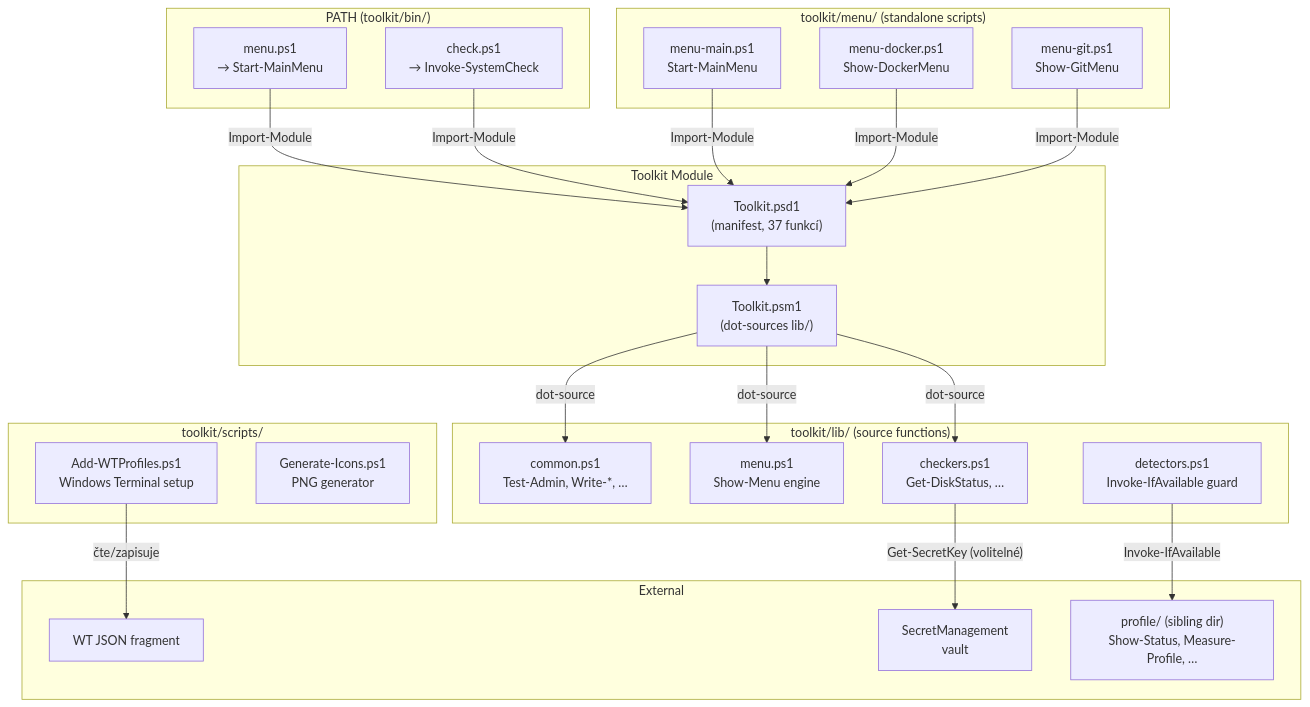
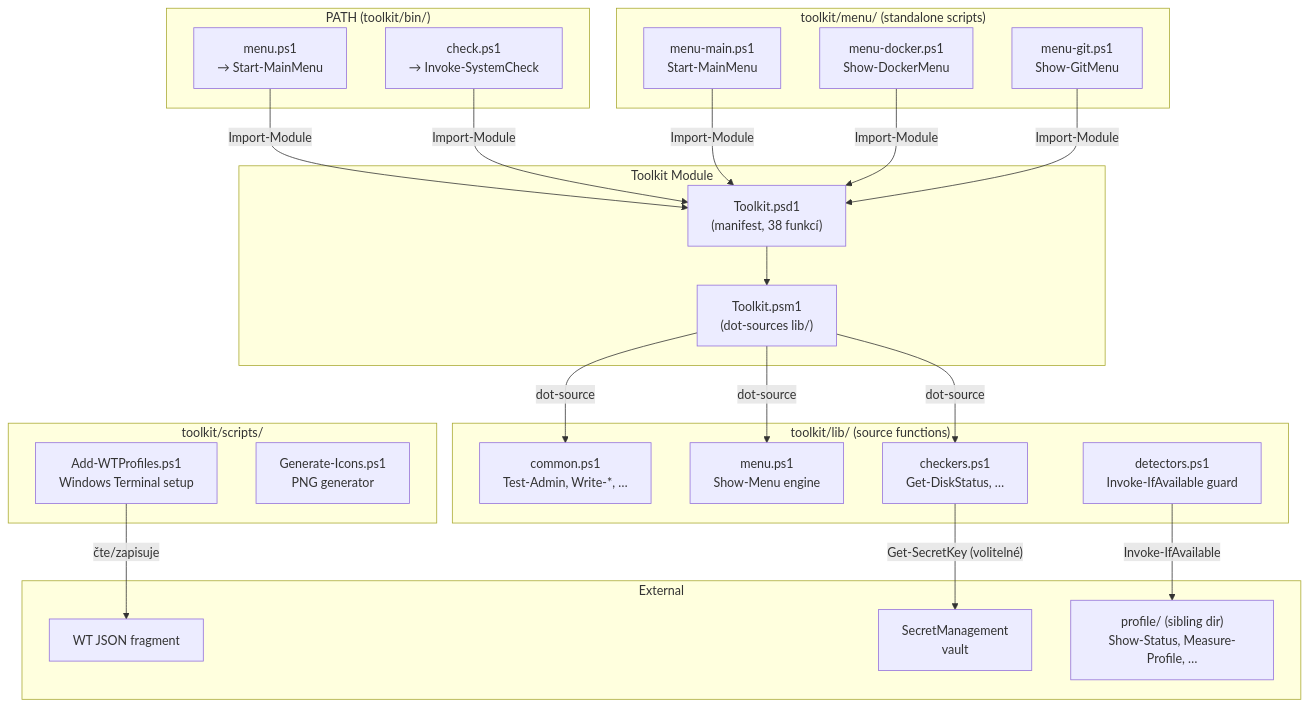
One commit to martinpaprcka77/martinpaprcka77.github.io changed the fourth of 7 diagrams in docs/ARCHITECTURE.md. Above: the diagram before and after it, drawn with Mermaid. The commit also changed other lines of this file and 2 other files, not shown here.

Commit message:
Update docs: add git/ and chezmoi/ to structure, architecture, roadmap

````diff
--- a/docs/ARCHITECTURE.md
+++ b/docs/ARCHITECTURE.md
@@ -128,49 +135,49 @@
 ```mermaid
 graph TB
     subgraph "PATH (toolkit/bin/)"
         MM["menu.ps1<br/>→ Start-MainMenu"]
         CHKD["check.ps1<br/>→ Invoke-SystemCheck"]
     end
 
     subgraph "Toolkit Module"
         PSM1["Toolkit.psm1<br/>(dot-sources lib/)"]
-        PSD1["Toolkit.psd1<br/>(manifest, 37 funkcí)"]
+        PSD1["Toolkit.psd1<br/>(manifest, 38 funkcí)"]
     end
 
     subgraph "toolkit/lib/ (source functions)"
         COMMON["common.ps1<br/>Test-Admin, Write-*, …"]
         MENU["menu.ps1<br/>Show-Menu engine"]
         CHECKERS["checkers.ps1<br/>Get-DiskStatus, …"]
         DETECT["detectors.ps1<br/>Invoke-IfAvailable guard"]
     end
 
     subgraph "toolkit/menu/ (standalone scripts)"
         MAIN["menu-main.ps1<br/>Start-MainMenu"]
         DOCKER["menu-docker.ps1<br/>Show-DockerMenu"]
         GIT_M["menu-git.ps1<br/>Show-GitMenu"]
     end
 
     subgraph "toolkit/scripts/"
         WT["Add-WTProfiles.ps1<br/>Windows Terminal setup"]
         ICONS["Generate-Icons.ps1<br/>PNG generator"]
     end
 
     subgraph "External"
         WT_JSON["WT JSON fragment"]
         SECRETS["SecretManagement<br/>vault"]
         PROFILE_HALF["profile/ (sibling dir)<br/>Show-Status, Measure-Profile, …"]
     end
 
     MM -->|"Import-Module"| PSD1
     CHKD -->|"Import-Module"| PSD1
     PSD1 --> PSM1
     PSM1 -->|"dot-source"| COMMON
     PSM1 -->|"dot-source"| MENU
     PSM1 -->|"dot-source"| CHECKERS
     MAIN -->|"Import-Module"| PSD1
     DOCKER -->|"Import-Module"| PSD1
     GIT_M -->|"Import-Module"| PSD1
     WT -->|"čte/zapisuje"| WT_JSON
     CHECKERS -->|"Get-SecretKey (volitelné)"| SECRETS
     DETECT -->|"Invoke-IfAvailable"| PROFILE_HALF
 ```
````
